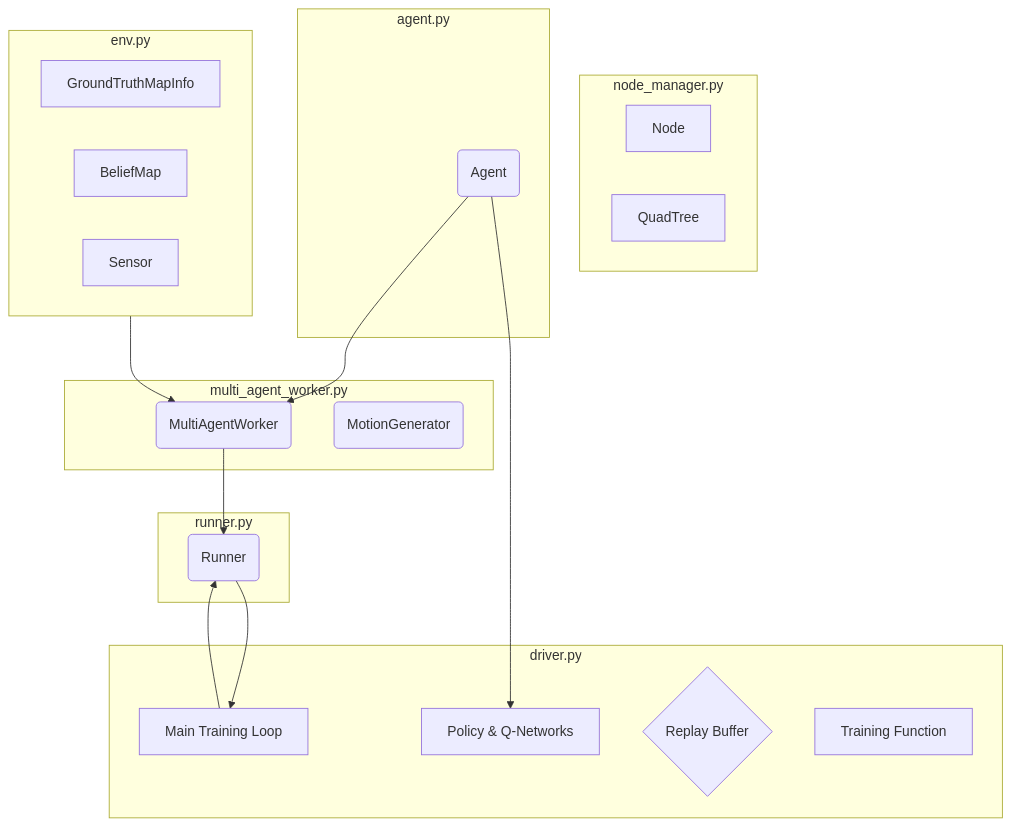
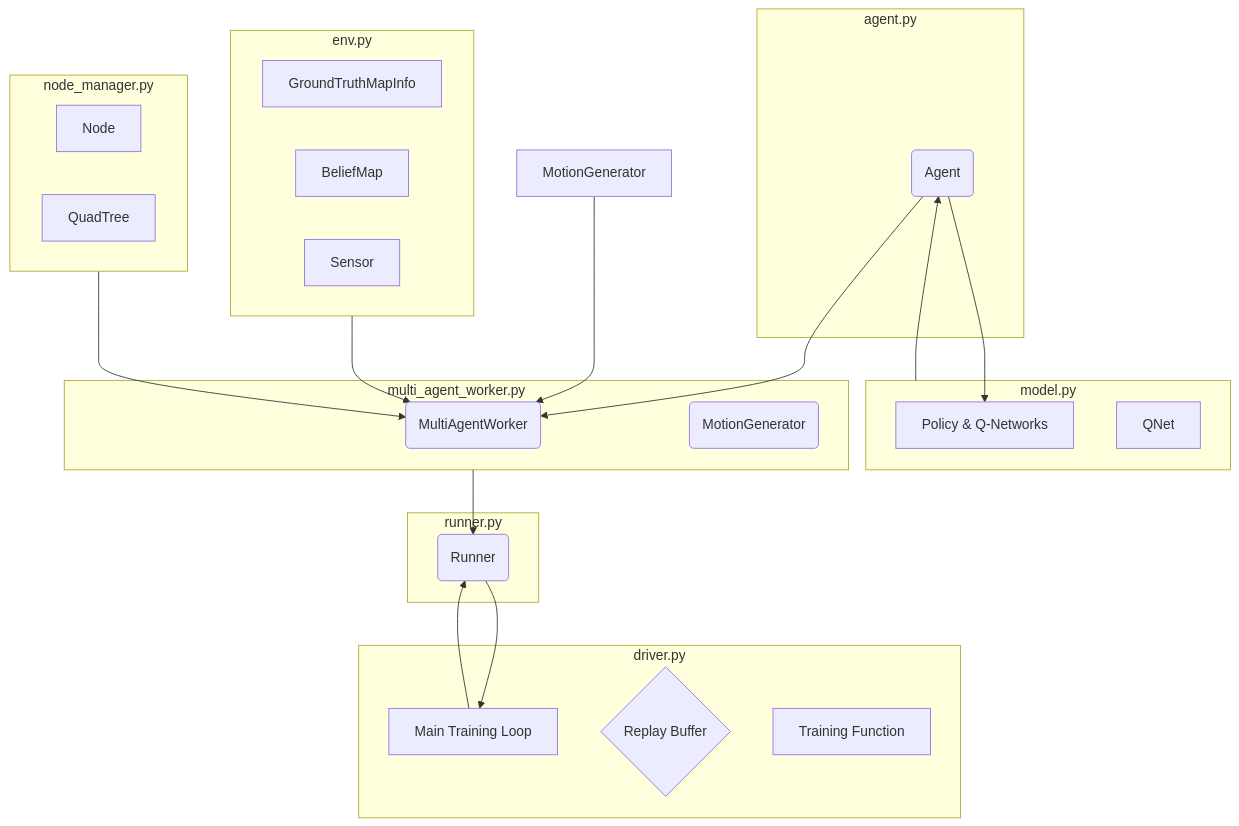
Before and after one commit to DiligentYoon/MARVEL-2025-: the diagram in README.md, drawn with Mermaid.

````diff
--- a/README.md
+++ b/README.md
@@ -63,41 +63,50 @@
 ```mermaid
 graph TD;
     Driver --> Runner;
-    MultiAgentWorker --> Runner;
+    Simulation_Module --> Runner;
     Runner --> Driver;
     Agent --> MultiAgentWorker;
     Env --> MultiAgentWorker;
     Agent --> PolicyNet;
+    Model --> Agent;
+    Node_Manager --> MultiAgentWorker;
+    MotionGenerator --> MultiAgentWorker;
 
+
+    subgraph Model [model.py]
+        PolicyNet[PolicyNet]
+        QNet[QNet]
+    end
 
     subgraph Node_Manager [node_manager.py]
         Node[Node];
         QuadTree[QuadTree];
     end
 
     subgraph Env [env.py]
         TrueMap[GroundTruthMapInfo];
         BeliefMap[BeliefMap];
         Sensor[Sensor];
     end
 
     subgraph Driver_Module [driver.py]
         Driver[Main Training Loop];
         ReplayBuffer{Replay Buffer};
         PolicyNet[Policy & Q-Networks];
         TrainingFunc[Training Function];
     end
 
     subgraph Runner_Module [runner.py]
         Runner(Runner);
     end
 
     subgraph Simulation_Module [multi_agent_worker.py]
         MultiAgentWorker(MultiAgentWorker);
         Motionmodel(MotionGenerator);
     end
 
     subgraph Agent_Module [agent.py]
+
         Agent(Agent);
     end
 ```
````
